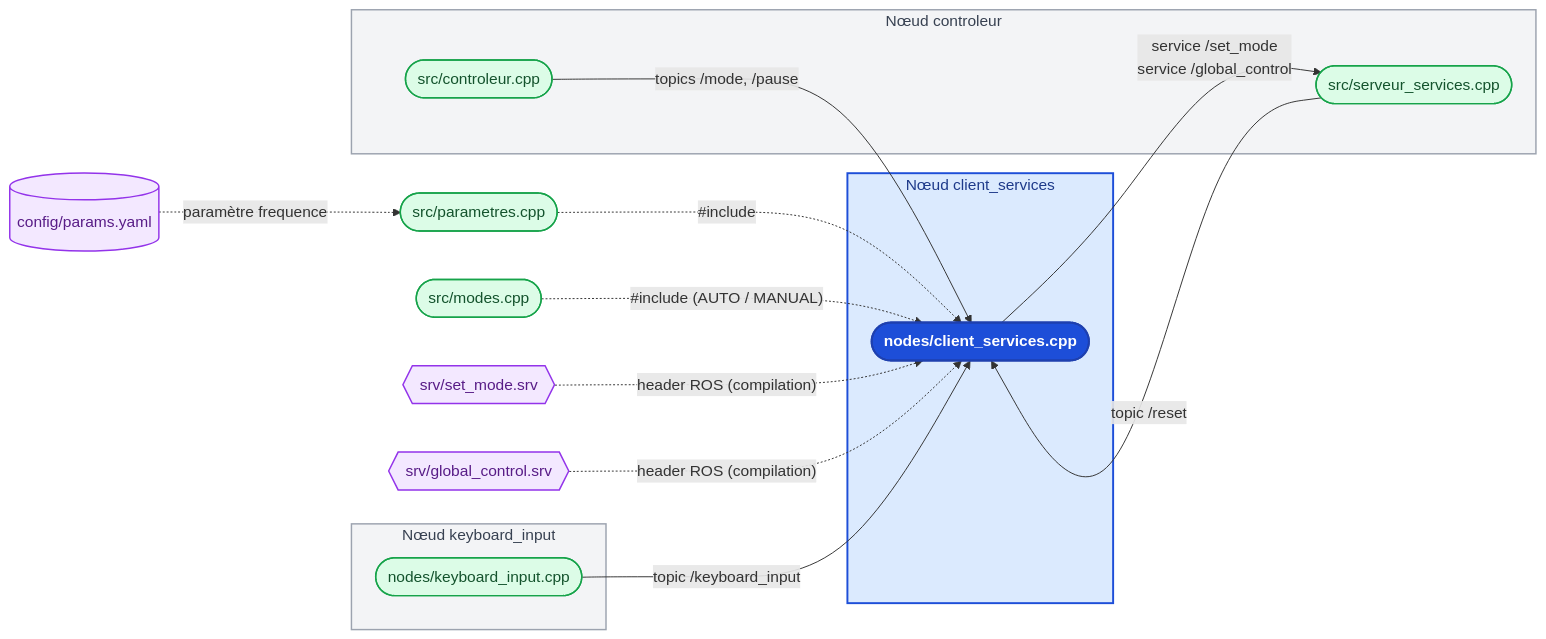
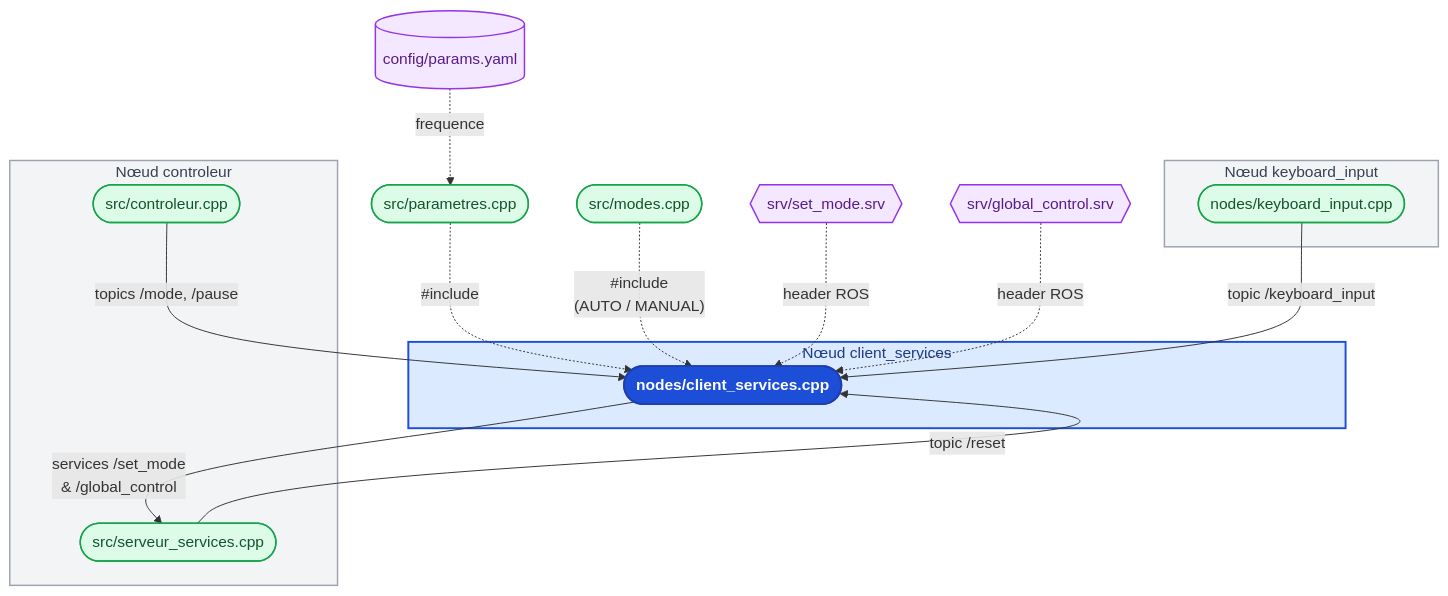
The fifth of 7 diagrams in robotique_et_navigation/Rapport/Rapport.md (benoitdekeyn/E4SE_TD_TP), drawn with Mermaid before and after one commit. The commit also changed other lines of this file and 2 other files, not shown here.

Commit message:
Architecture globale complète

````diff
--- a/robotique_et_navigation/Rapport/Rapport.md
+++ b/robotique_et_navigation/Rapport/Rapport.md
@@ -289,43 +289,43 @@
 ```mermaid
-flowchart LR
+flowchart TB
     C_PARAMS[("`config/params.yaml`")]
     M_PARAMS(["`src/parametres.cpp`"])
     M_MODES(["`src/modes.cpp`"])
     S_MODE{{"`srv/set_mode.srv`"}}
     S_CTRL{{"`srv/global_control.srv`"}}
 
     subgraph SG_KEY["Nœud keyboard_input"]
         N_KEY(["`nodes/keyboard_input.cpp`"])
     end
 
     subgraph SG_CSRV["Nœud client_services"]
         NODE(["`**nodes/client_services.cpp**`"])
     end
 
     subgraph SG_CTRL["Nœud controleur"]
         N_CTRL(["`src/controleur.cpp`"])
         N_SSRV(["`src/serveur_services.cpp`"])
     end
 
-    C_PARAMS -.->|"paramètre frequence"| M_PARAMS
+    C_PARAMS -.->|"frequence"| M_PARAMS
     M_PARAMS -.->|"#include"| NODE
-    M_MODES -.->|"#include (AUTO / MANUAL)"| NODE
-    S_MODE -.->|"header ROS (compilation)"| NODE
-    S_CTRL -.->|"header ROS (compilation)"| NODE
+    M_MODES -.->|"#include<br/>(AUTO / MANUAL)"| NODE
+    S_MODE -.->|"header ROS"| NODE
+    S_CTRL -.->|"header ROS"| NODE
 
     N_KEY -->|"topic /keyboard_input"| NODE
     N_CTRL -->|"topics /mode, /pause"| NODE
     N_SSRV -->|"topic /reset"| NODE
 
-    NODE -->|"service /set_mode<br/>service /global_control"| N_SSRV
+    NODE -->|"services /set_mode<br/>& /global_control"| N_SSRV
 
     classDef cpp fill:#dcfce7,stroke:#16a34a,stroke-width:1.5px,color:#14532d
     classDef autre fill:#f3e8ff,stroke:#9333ea,stroke-width:1.5px,color:#581c87
 
     class M_PARAMS,M_MODES,N_KEY,N_CTRL,N_SSRV cpp
     class C_PARAMS,S_MODE,S_CTRL autre
     style SG_CSRV fill:#dbeafe,stroke:#1d4ed8,stroke-width:2px,color:#1e3a8a
     style NODE fill:#1d4ed8,stroke:#1e40af,stroke-width:2px,color:#ffffff
     style SG_KEY fill:#f3f4f6,stroke:#9ca3af,stroke-width:1.5px,color:#374151
     style SG_CTRL fill:#f3f4f6,stroke:#9ca3af,stroke-width:1.5px,color:#374151
 ```
````
